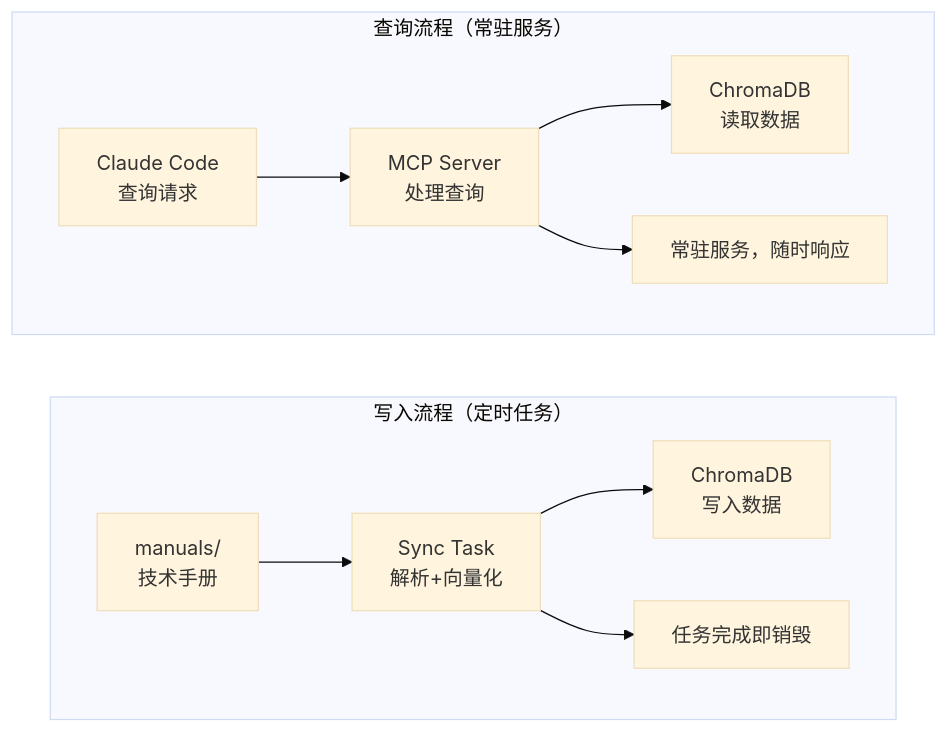
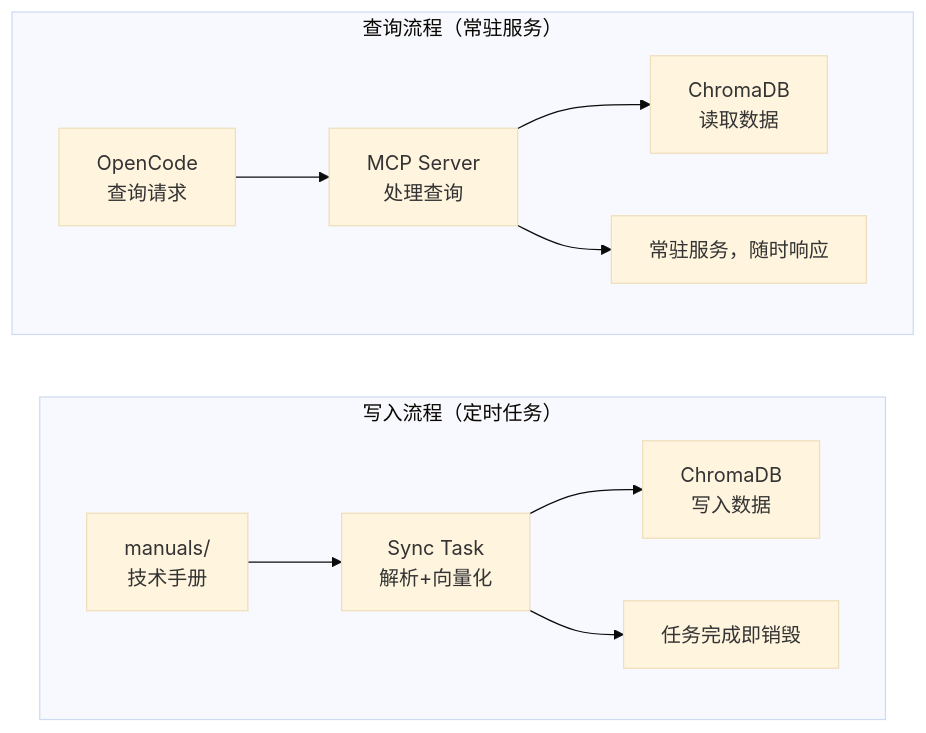
Before and after one commit to wonglaitung/splan: the third of 9 diagrams in 6. 银行研发智能助手技术说明书.md, drawn with Mermaid (base theme). The commit also changed other lines of this file and 12 other files, not shown here.

First line of the commit message:
chore: 项目迁移至 OpenCode，移除 Claude 内容

````diff
--- a/6. 银行研发智能助手技术说明书.md
+++ b/6. 银行研发智能助手技术说明书.md
@@ -258,13 +258,13 @@
 ```mermaid
 flowchart LR
     subgraph WRITE["写入流程（定时任务）"]
         direction LR
         W1["manuals/<br/>技术手册"] --> W2["Sync Task<br/>解析+向量化"] --> W3["ChromaDB<br/>写入数据"]
         W2 --> WD["任务完成即销毁"]
     end
     subgraph QUERY["查询流程（常驻服务）"]
         direction LR
-        Q1["Claude Code<br/>查询请求"] --> Q2["MCP Server<br/>处理查询"] --> Q3["ChromaDB<br/>读取数据"]
+        Q1["OpenCode<br/>查询请求"] --> Q2["MCP Server<br/>处理查询"] --> Q3["ChromaDB<br/>读取数据"]
         Q2 --> QD["常驻服务，随时响应"]
     end
 ```
````
